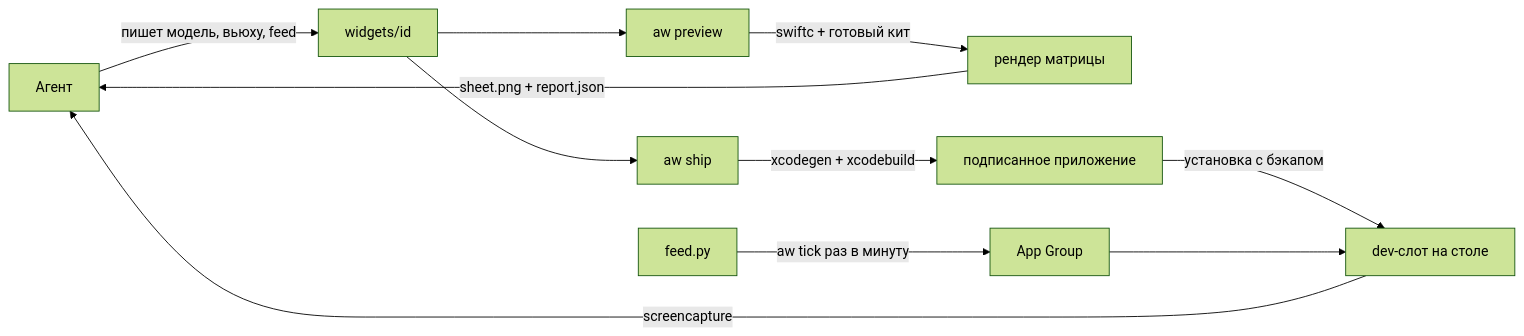
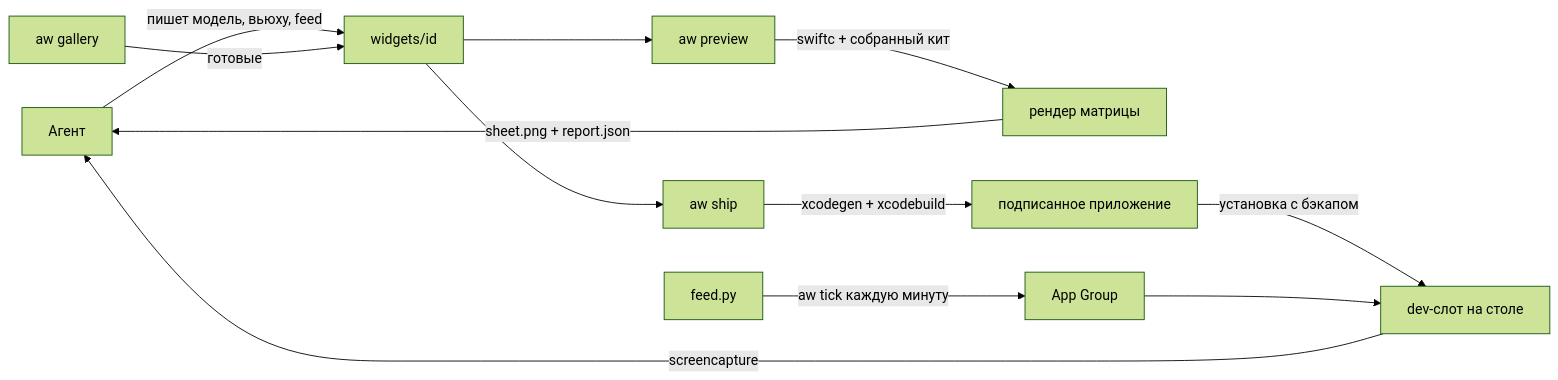
One commit to Surdeddd/agent-widgets changed the diagram in README.ru.md. Above: the diagram before and after it, drawn with Mermaid (forest theme). The commit also changed other lines of this file and 23 other files, not shown here.

````diff
--- a/README.ru.md
+++ b/README.ru.md
@@ -155,13 +161,14 @@
 ```mermaid
 flowchart LR
     A[Агент] -->|пишет модель, вьюху, feed| W[widgets/id]
+    G[aw gallery] -->|готовые| W
     W --> P[aw preview]
-    P -->|swiftc + готовый кит| R[рендер матрицы]
+    P -->|swiftc + собранный кит| R[рендер матрицы]
     R -->|sheet.png + report.json| A
     W --> S[aw ship]
     S -->|xcodegen + xcodebuild| APP[подписанное приложение]
     APP -->|установка с бэкапом| D[dev-слот на столе]
     D -->|screencapture| A
-    F[feed.py] -->|aw tick раз в минуту| G[App Group]
-    G --> D
+    F[feed.py] -->|aw tick каждую минуту| AG[App Group]
+    AG --> D
 ```
````
